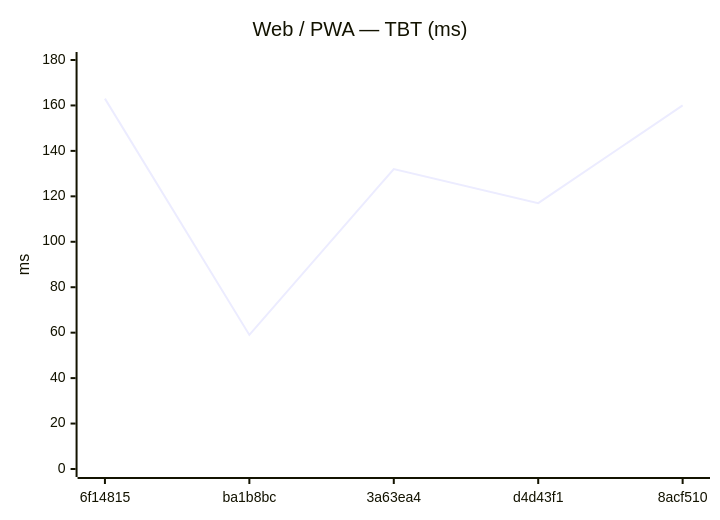
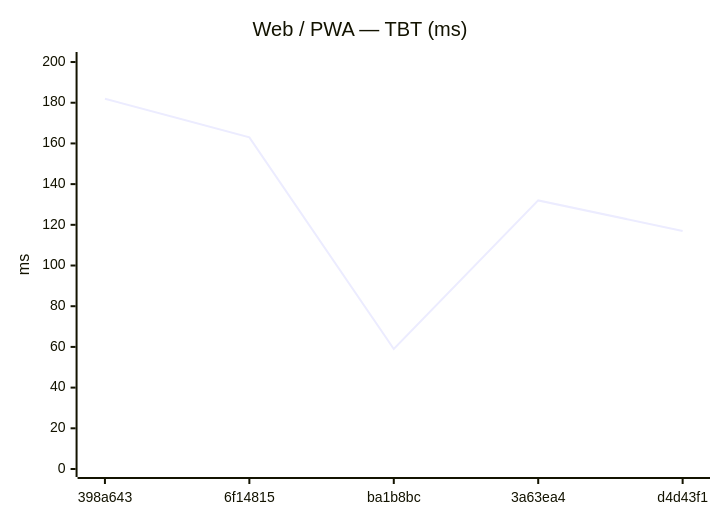
One commit to Metaheurist/Rianell changed the eighth of 18 diagrams in benchmarks/compare.md. Above: the diagram before and after it, drawn with Mermaid. The commit also changed other lines of this file and 11 other files, not shown here.

````diff
--- a/benchmarks/compare.md
+++ b/benchmarks/compare.md
@@ -124,7 +124,7 @@
 ```mermaid
 xychart-beta
     title "Web / PWA — TBT (ms)"
-    x-axis ["6f14815", "ba1b8bc", "3a63ea4", "d4d43f1", "8acf510"]
-    y-axis "ms" 0 --> 180
-    line [163, 59, 132, 117, 160]
+    x-axis ["398a643", "6f14815", "ba1b8bc", "3a63ea4", "d4d43f1"]
+    y-axis "ms" 0 --> 201
+    line [182, 163, 59, 132, 117]
 ```
````
